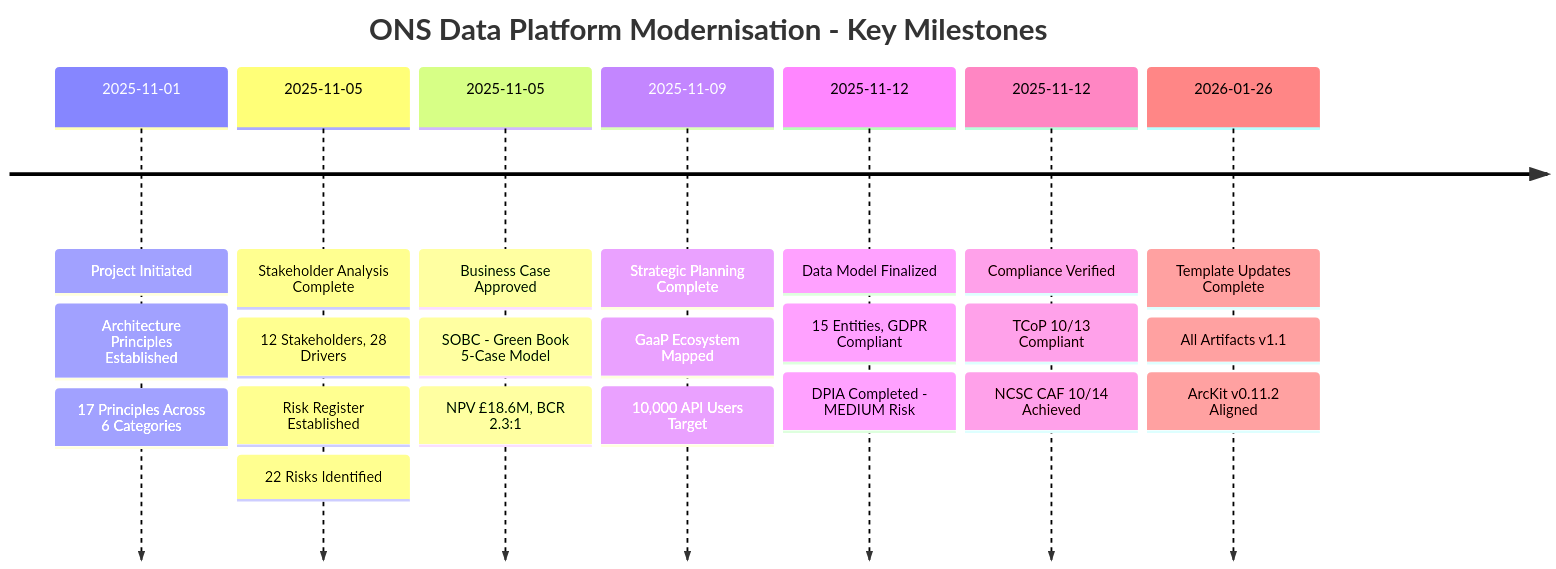
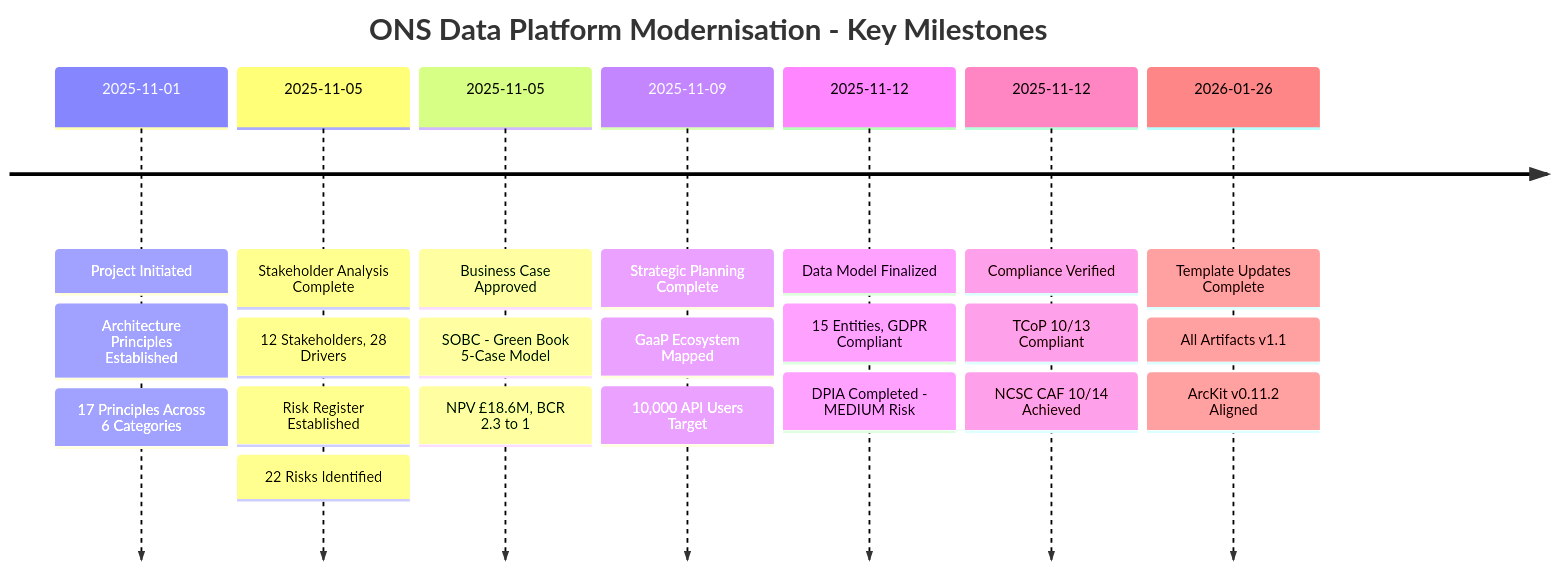
The fourth of 9 diagrams in projects/001-ons-data-platform-modernisation/PROJECT-STORY.md (tractorjuice/arckit-test-project-v8-ons-data-platform), drawn with Mermaid before and after one commit. The commit also changed other lines of this file and 1 other file, not shown here.

Commit message:
fix: resolve Mermaid parsing errors in PROJECT-STORY.md
- Replace "BCR 2.3:1" with "BCR 2.3 to 1" in timeline and mindmap
  diagrams to avoid colon being interpreted as Mermaid syntax
- Update manifest.json timestamp for GitHub Pages regeneration

````diff
--- a/projects/001-ons-data-platform-modernisation/PROJECT-STORY.md
+++ b/projects/001-ons-data-platform-modernisation/PROJECT-STORY.md
@@ -193,26 +193,26 @@
 ```mermaid
 timeline
     title ONS Data Platform Modernisation - Key Milestones
     2025-11-01 : Project Initiated
               : Architecture Principles Established
               : 17 Principles Across 6 Categories
     2025-11-05 : Stakeholder Analysis Complete
              : 12 Stakeholders, 28 Drivers
              : Risk Register Established
              : 22 Risks Identified
     2025-11-05 : Business Case Approved
              : SOBC - Green Book 5-Case Model
-             : NPV £18.6M, BCR 2.3:1
+             : NPV £18.6M, BCR 2.3 to 1
     2025-11-09 : Strategic Planning Complete
              : GaaP Ecosystem Mapped
              : 10,000 API Users Target
     2025-11-12 : Data Model Finalized
              : 15 Entities, GDPR Compliant
              : DPIA Completed - MEDIUM Risk
     2025-11-12 : Compliance Verified
              : TCoP 10/13 Compliant
              : NCSC CAF 10/14 Achieved
     2026-01-26 : Template Updates Complete
               : All Artifacts v1.1
               : ArcKit v0.11.2 Aligned
 ```
````
